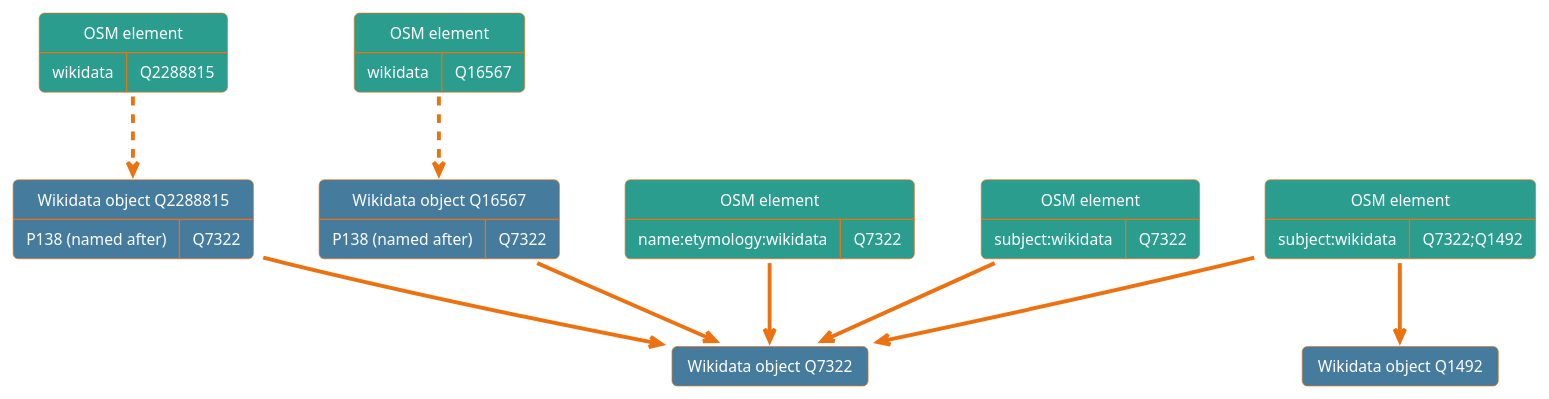
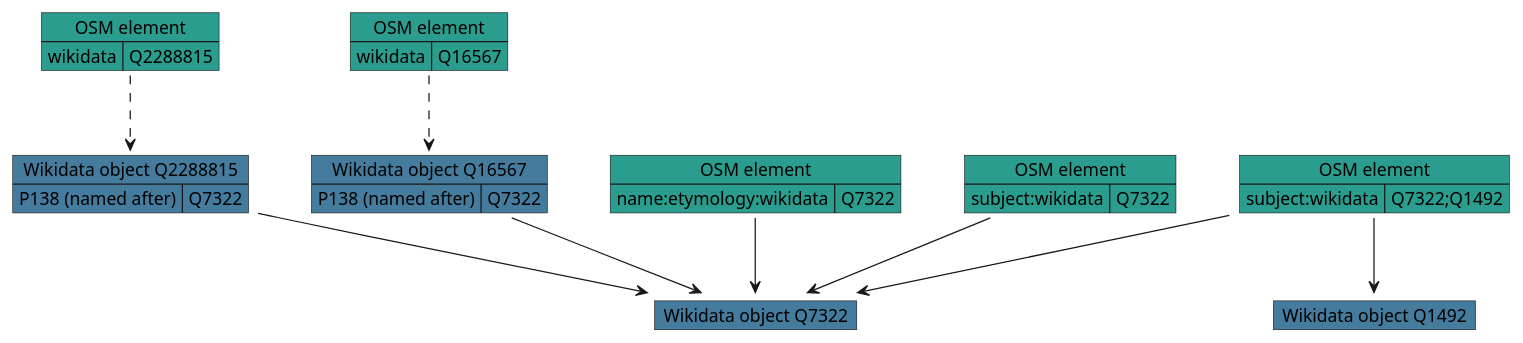
One commit to Danysan1/osm-wikidata-map-framework changed the first of 3 diagrams in CONTRIBUTING.md. Above: the diagram before and after it, drawn with PlantUML.

Commit message:
Fix error in plantuml graph

````diff
--- a/CONTRIBUTING.md
+++ b/CONTRIBUTING.md
@@ -37,41 +37,40 @@
 ```plantuml
 @startuml
-!theme aws-orange
 map "Wikidata object Q7322" as wikia #457b9d {
 
 }
 map "Wikidata object Q1492" as wikib #457b9d {
 
 }
 map "Wikidata object Q2288815" as wikic #457b9d {
   P138 (named after) => Q7322
 }
 map "Wikidata object Q16567" as wikid #457b9d {
   P138 (named after) => Q7322
 }
 map "OSM element" as osma #2a9d8f {
   name:etymology:wikidata => Q7322
 }
 map "OSM element" as osmb #2a9d8f {
   subject:wikidata => Q7322
 }
 map "OSM element" as osmc #2a9d8f {
   subject:wikidata => Q7322;Q1492
 }
 map "OSM element" as osmd #2a9d8f {
   wikidata => Q2288815
 }
 map "OSM element" as osme #2a9d8f {
   wikidata => Q16567
 }
 
 osma --> wikia
 osmb --> wikia
 osmc --> wikia
 osmc --> wikib
 osmd ..> wikic
 osme ..> wikid
 wikic --> wikia
 wikid --> wikia
 @enduml
 ```
````
